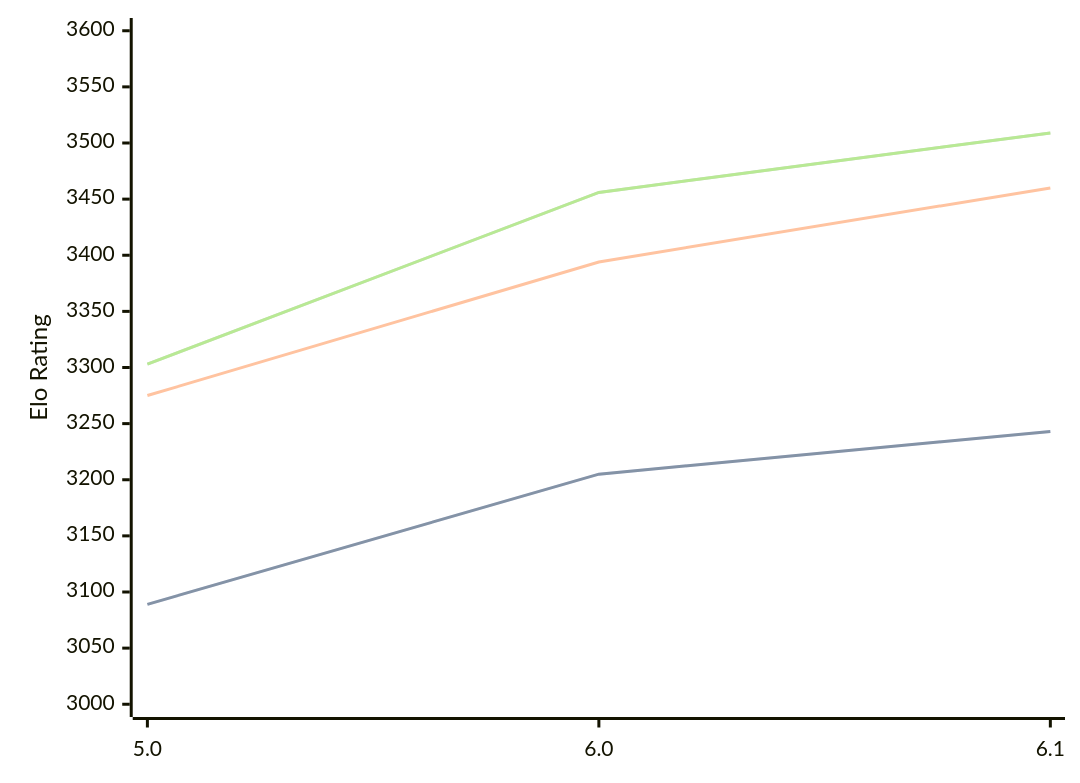
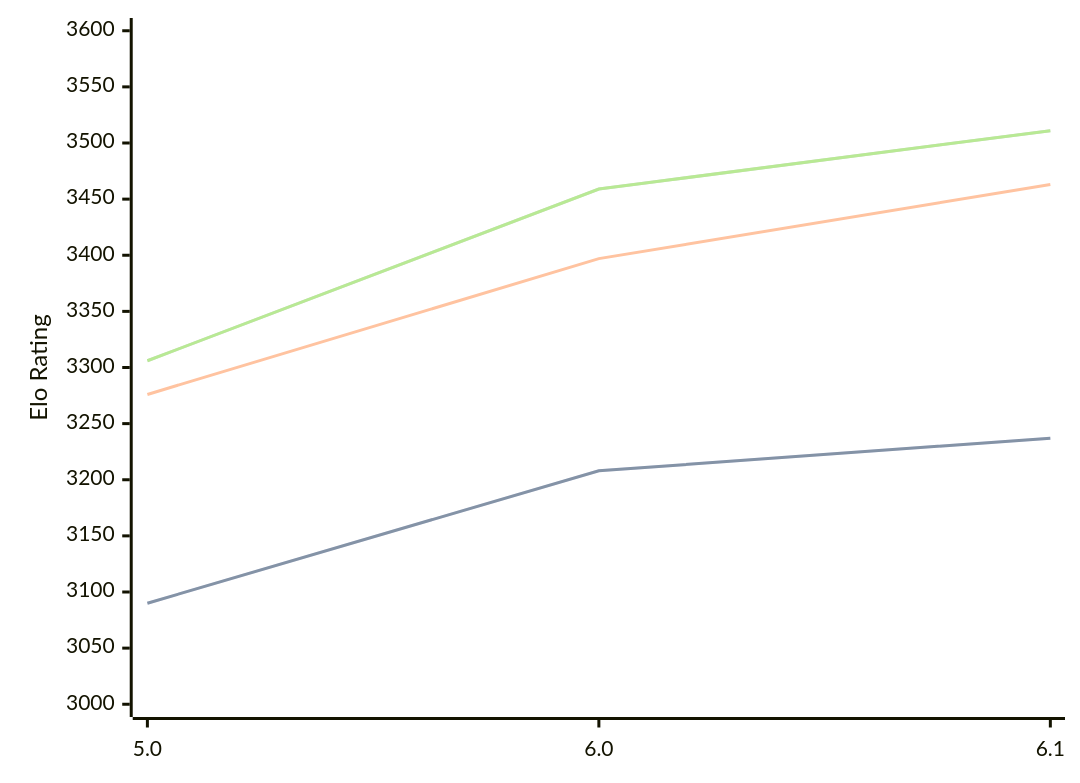
The diagram in engines/PZChessBot.md (computer-chess-index/cci), drawn with Mermaid before and after one commit. The commit also changed other lines of this file, not shown here.

Commit message:
Update CCI Ratings (ELO VLTC) - 2026-02-20

````diff
--- a/engines/PZChessBot.md
+++ b/engines/PZChessBot.md
@@ -39,11 +39,11 @@
 ```mermaid
 %%{init: {"theme":"base","themeVariables":{"seriesColors:['#a3a3a3','#222221','#faa371']}}}%%
 xychart-beta
   x-axis ["5.0", "6.0", "6.1"]
   y-axis "Elo Rating" 3000 --> 3600
-  line "STC (8.0+0.08s)" [3089, 3205, 3243]
-  line "STC (8.0+0.08s)" [3089, 3205, 3243]
-  line "LTC (60.0+0.60s)" [3275, 3394, 3460]
-  line "VLTC (2m24s+1.12s)" [3303, 3456, 3509]
-  line "VLTC (2m24s+1.12s)" [3303, 3456, 3509]
+  line "STC (8.0+0.08s)" [3090, 3208, 3237]
+  line "STC (8.0+0.08s)" [3090, 3208, 3237]
+  line "LTC (60.0+0.60s)" [3276, 3397, 3463]
+  line "VLTC (2m24s+1.12s)" [3306, 3459, 3511]
+  line "VLTC (2m24s+1.12s)" [3306, 3459, 3511]
 ```
````
